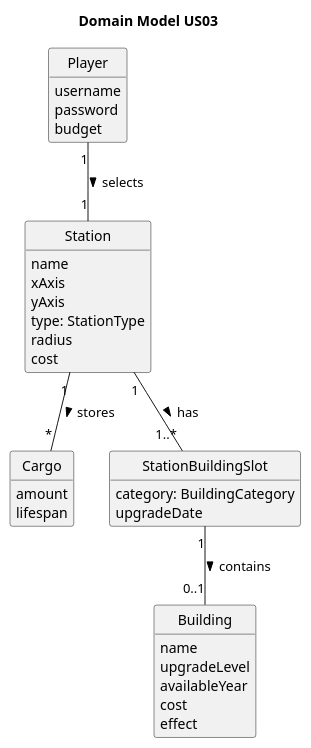
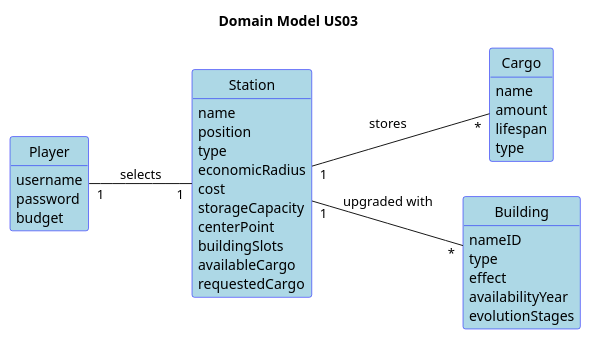
The diagram in docs/system-documentation/Sprint 1/US07/02.analysis/puml/US007-DM.puml (HenriqueSilva18/Railway-Network-Simulator), drawn with PlantUML before and after one commit. The commit also changed 8 other files, not shown here.

Commit message:
US03 - Excluding validation from SSDs Diagrams & Updating DM excerts to match ESOFT model #3 #7 #29 #30 #49 #50

```diff
--- a/docs/system-documentation/Sprint 1/US07/02.analysis/puml/US007-DM.puml
+++ b/docs/system-documentation/Sprint 1/US07/02.analysis/puml/US007-DM.puml
@@ -1,54 +1,58 @@
 @startuml
 
-skinparam monochrome true
 skinparam packageStyle rectangle
-skinparam shadowing false
+ skinparam shadowing false
+ skinparam classAttributeIconSize 0
+ skinparam class {
+   BackgroundColor LightBlue
+   BorderColor Blue
+ }
 
-'left to right direction
+ left to right direction
 
-skinparam classAttributeIconSize 0
+ skinparam classAttributeIconSize 0
 
-hide circle
-hide methods
+ hide circle
+ hide methods
 
 title Domain Model US03
 
 class Player {
     username
     password
     budget
   }
 
 class Station {
     name
-    xAxis
-    yAxis
-    type: StationType
-    radius
+    position
+    type
+    economicRadius
     cost
+    storageCapacity
+    centerPoint
+    buildingSlots
+    availableCargo
+    requestedCargo
   }
 
 class Cargo {
+   name
    amount
    lifespan
+   type
   }
 
 class Building {
-    name
-    upgradeLevel
-    availableYear
-    cost
+    nameID
+    type
     effect
+    availabilityYear
+    evolutionStages
   }
 
-  class StationBuildingSlot {
-    category: BuildingCategory
-    upgradeDate
-  }
 
-Player "1" -- "1" Station : selects >
-Station "1" -- "*" Cargo : stores >
-Station "1" -- "1..*" StationBuildingSlot : has >
-StationBuildingSlot "1" -- "0..1" Building : contains >
-
+Player "1" -- "1" Station : selects
+Station "1" -- "*" Cargo : stores
+Station "1" -- "*" Building : upgraded with
 @enduml
```
